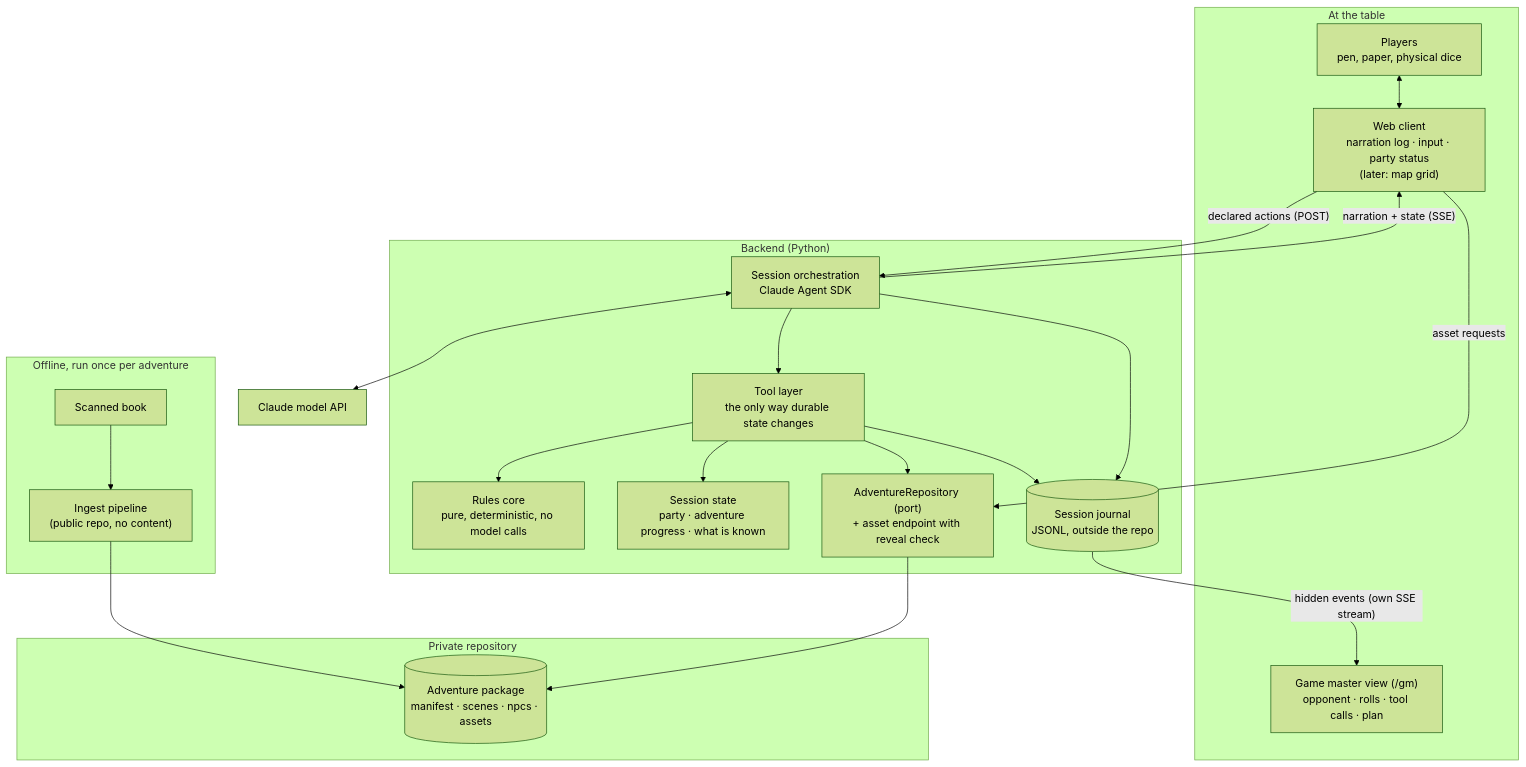
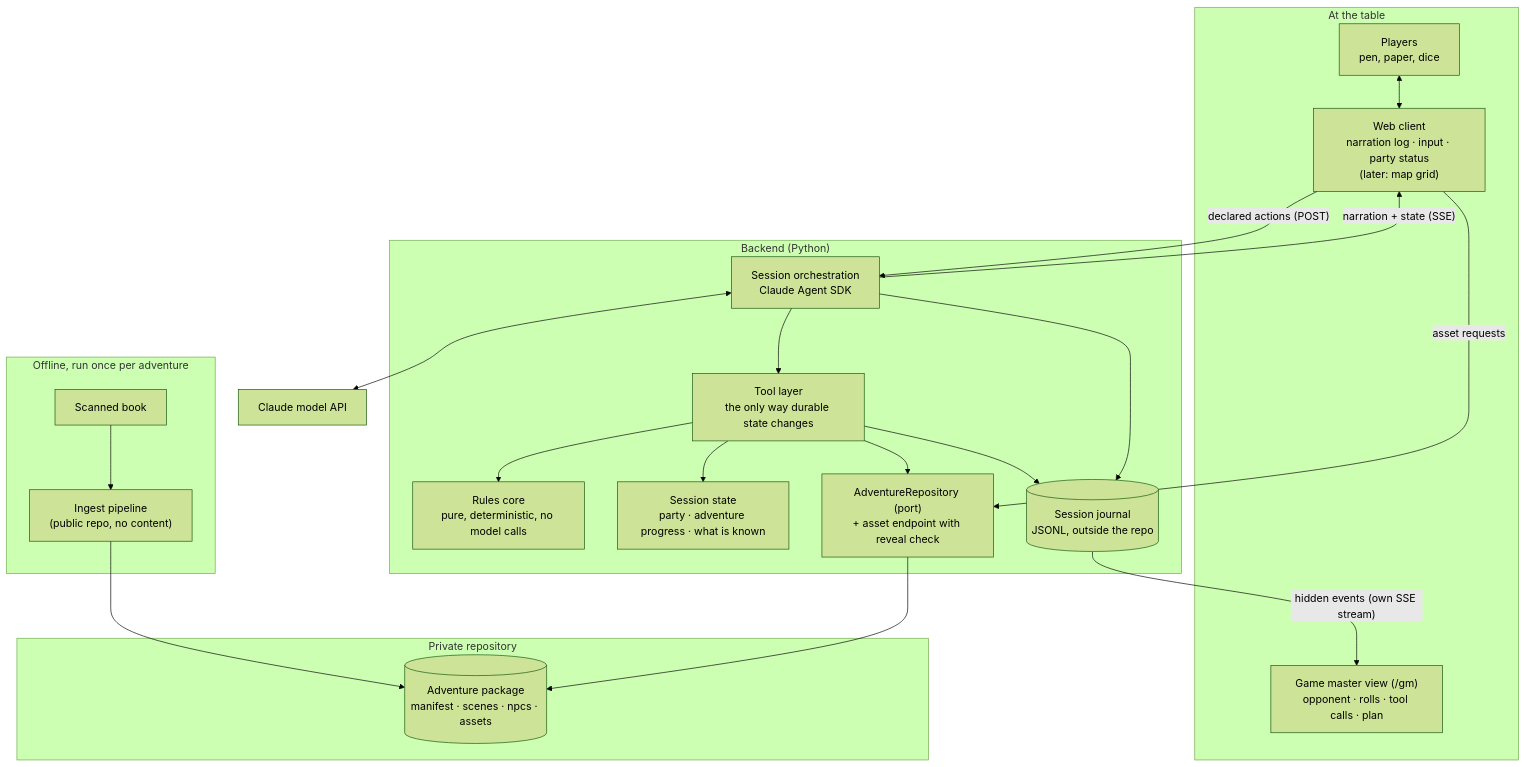
The diagram in docs/architecture.md (nicoschmidt/dnd-ai-dungeon-master), drawn with Mermaid (forest theme) before and after one commit. The commit also changed other lines of this file and 12 other files, not shown here.

````diff
--- a/docs/architecture.md
+++ b/docs/architecture.md
@@ -24,42 +24,42 @@
 ```mermaid
 flowchart TD
     subgraph table["At the table"]
-        players["Players<br/>pen, paper, physical dice"]
+        players["Players<br/>pen, paper, dice"]
         client["Web client<br/>narration log · input · party status<br/>(later: map grid)"]
         gmview["Game master view (/gm)<br/>opponent · rolls · tool calls · plan"]
     end
 
     subgraph backend["Backend (Python)"]
         orch["Session orchestration<br/>Claude Agent SDK"]
         tools["Tool layer<br/>the only way durable state changes"]
         rules["Rules core<br/>pure, deterministic, no model calls"]
         state["Session state<br/>party · adventure progress · what is known"]
         repo["AdventureRepository (port)<br/>+ asset endpoint with reveal check"]
         journal[("Session journal<br/>JSONL, outside the repo")]
     end
 
     model["Claude model API"]
 
     subgraph private["Private repository"]
         content[("Adventure package<br/>manifest · scenes · npcs · assets")]
     end
 
     subgraph offline["Offline, run once per adventure"]
         book["Scanned book"] --> pipeline["Ingest pipeline<br/>(public repo, no content)"]
         pipeline --> content
     end
 
     players <--> client
     orch -->|"narration + state (SSE)"| client
     journal -->|"hidden events (own SSE stream)"| gmview
     tools --> journal
     orch --> journal
     client -->|"declared actions (POST)"| orch
     client -->|"asset requests"| repo
     orch <--> model
     orch --> tools
     tools --> rules
     tools --> state
     tools --> repo
     repo --> content
 ```
````
